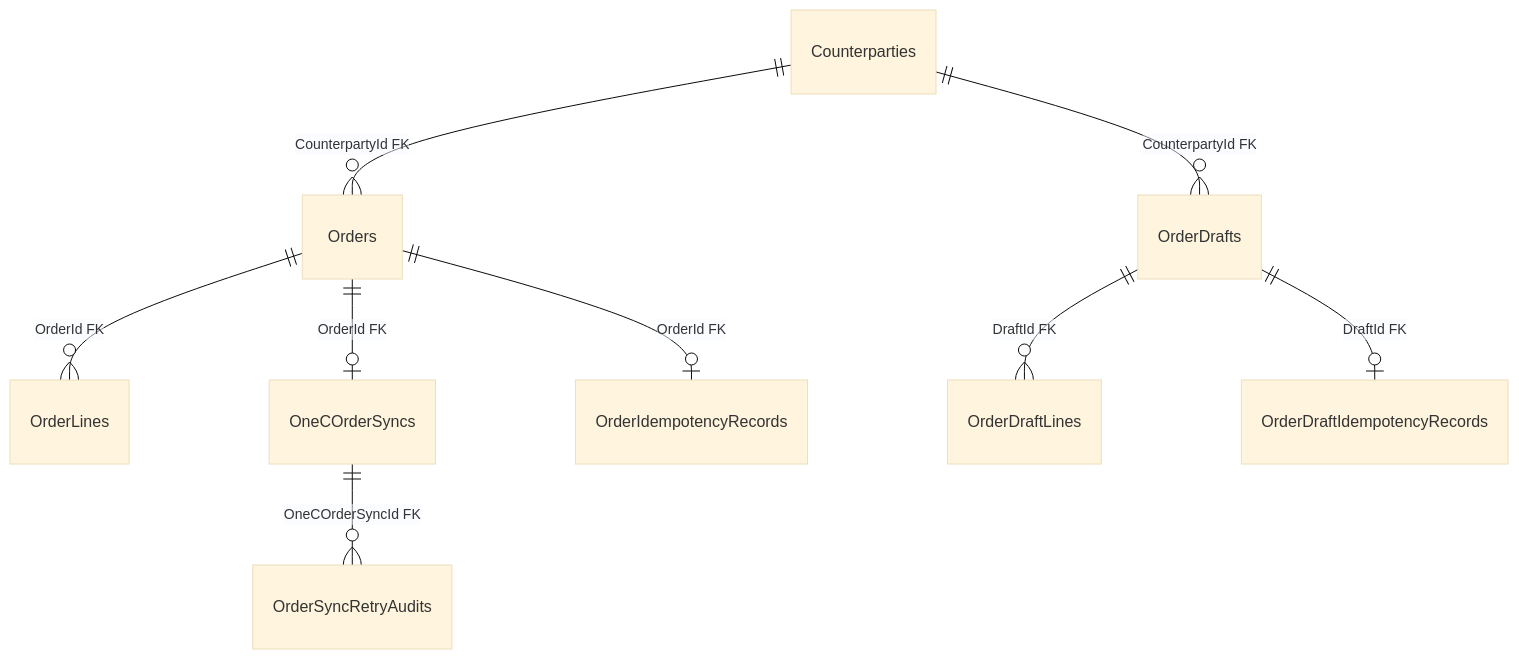
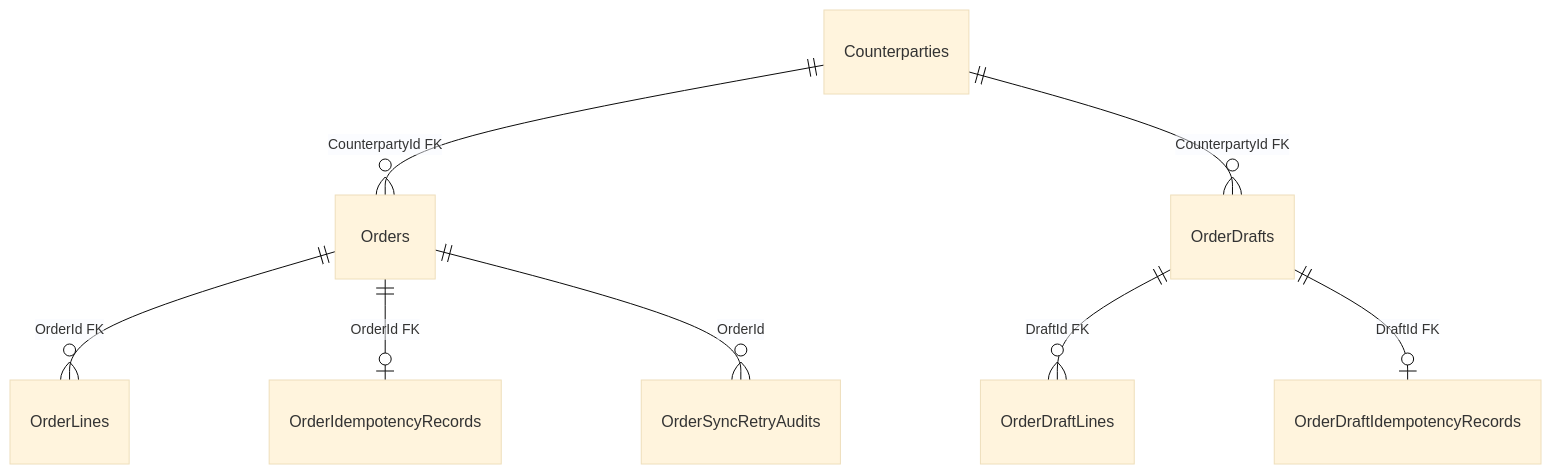
The diagram in docs/sdd/architecture/data-model/sales-orders.md (Weretik/KedrStore), drawn with Mermaid (base theme) before and after one commit. The commit also changed other lines of this file and 132 other files, not shown here.

````diff
--- a/docs/sdd/architecture/data-model/sales-orders.md
+++ b/docs/sdd/architecture/data-model/sales-orders.md
@@ -16,11 +15,10 @@
 ```mermaid
 erDiagram
     Counterparties ||--o{ Orders : "CounterpartyId FK"
     Orders ||--o{ OrderLines : "OrderId FK"
-    Orders ||--o| OneCOrderSyncs : "OrderId FK"
     Orders ||--o| OrderIdempotencyRecords : "OrderId FK"
-    OneCOrderSyncs ||--o{ OrderSyncRetryAudits : "OneCOrderSyncId FK"
+    Orders ||--o{ OrderSyncRetryAudits : "OrderId"
     Counterparties ||--o{ OrderDrafts : "CounterpartyId FK"
     OrderDrafts ||--o{ OrderDraftLines : "DraftId FK"
     OrderDrafts ||--o| OrderDraftIdempotencyRecords : "DraftId FK"
 ```
````
